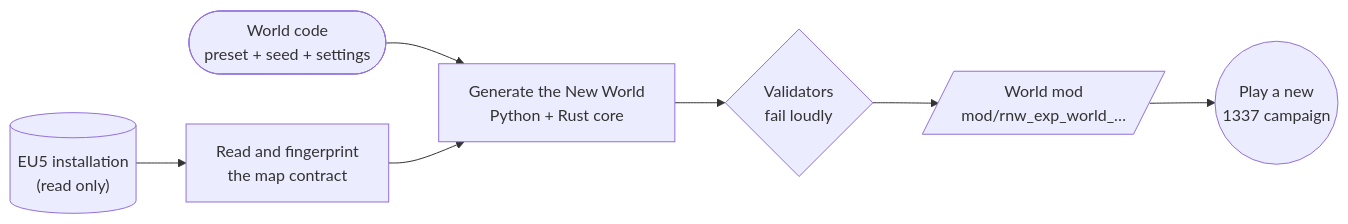
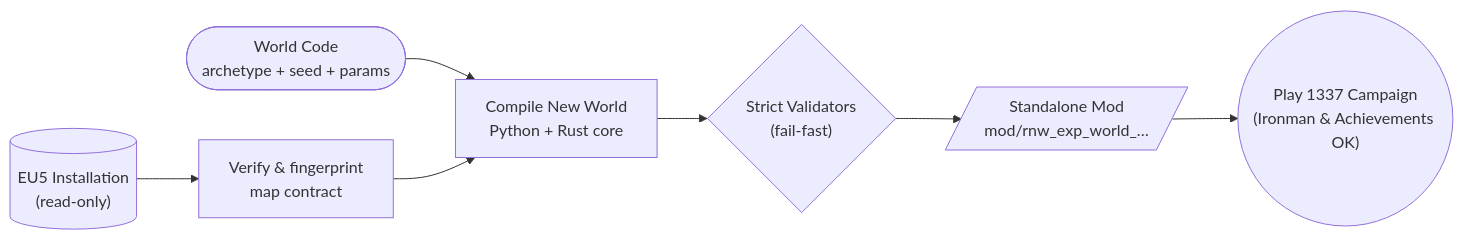
The diagram in README.md (Sir-Starch/eu5-random-new-world), drawn with Mermaid before and after one commit. The commit also changed other lines of this file, not shown here.

````diff
--- a/README.md
+++ b/README.md
@@ -69,9 +72,10 @@
 ```mermaid
 flowchart LR
-    G[("EU5 installation<br/>(read only)")] --> R["Read and fingerprint<br/>the map contract"]
-    C(["World code<br/>preset + seed + settings"]) --> W
-    R --> W["Generate the New World<br/>Python + Rust core"]
-    W --> V{"Validators<br/>fail loudly"}
-    V --> M[/"World mod<br/>mod/rnw_exp_world_…"/]
-    M --> P(("Play a new<br/>1337 campaign"))
+    G[("EU5 Installation<br/>(read-only)")] --> R["Verify & fingerprint<br/>map contract"]
+    C(["World Code<br/>archetype + seed + params"]) --> W
+    R --> W["Compile New World<br/>Python + Rust core"]
+    W --> V{"Strict Validators<br/>(fail-fast)"}
+    V --> M[/"Standalone Mod<br/>mod/rnw_exp_world_…"/]
+    M --> P(("Play 1337 Campaign<br/>(Ironman & Achievements OK)"))
+
 ```
````
